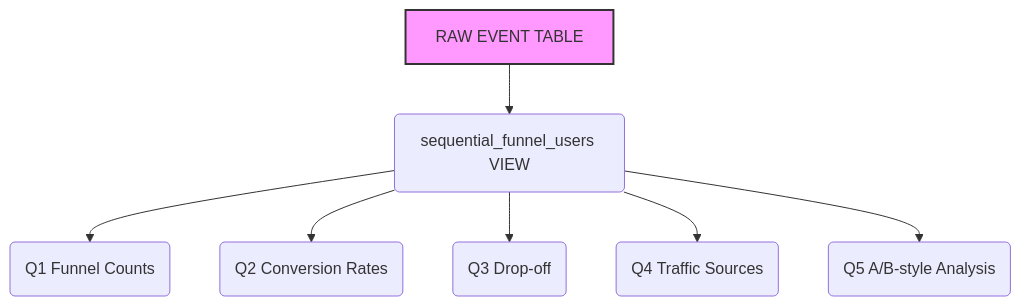
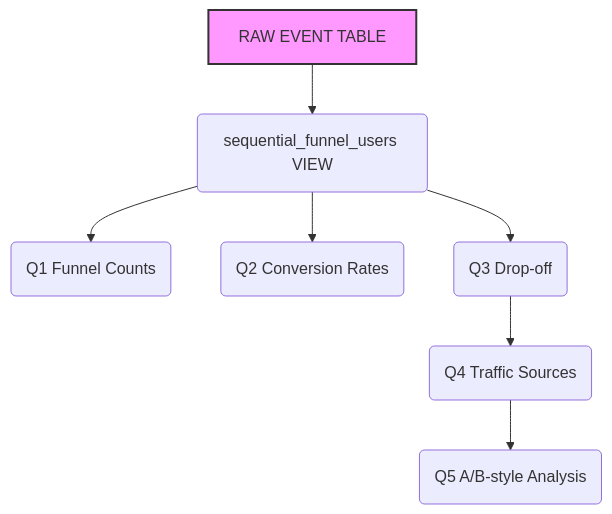
One commit to Adityayan/ecommerce-funnel-analysis changed the diagram in README.md. Above: the diagram before and after it, drawn with Mermaid.

````diff
--- a/README.md
+++ b/README.md
@@ -3,12 +3,12 @@
 ```mermaid
 flowchart TD
 ReadMe[RAW EVENT TABLE] --> A(sequential_funnel_users VIEW)
 A(sequential_funnel_users VIEW)-->A1(Q1 Funnel Counts)
 A(sequential_funnel_users VIEW)-->B(Q2 Conversion Rates)
 A(sequential_funnel_users VIEW)-->C(Q3 Drop-off)
-A(sequential_funnel_users VIEW)-->D(Q4 Traffic Sources)
-A(sequential_funnel_users VIEW)-->E(Q5 A/B-style Analysis)
+C(Q3 Drop-off)-->D(Q4 Traffic Sources)
+D(Q4 Traffic Sources)-->E(Q5 A/B-style Analysis)
     
     style ReadMe fill:#f9f,stroke:#333,stroke-width:2px
     
 ```
````
